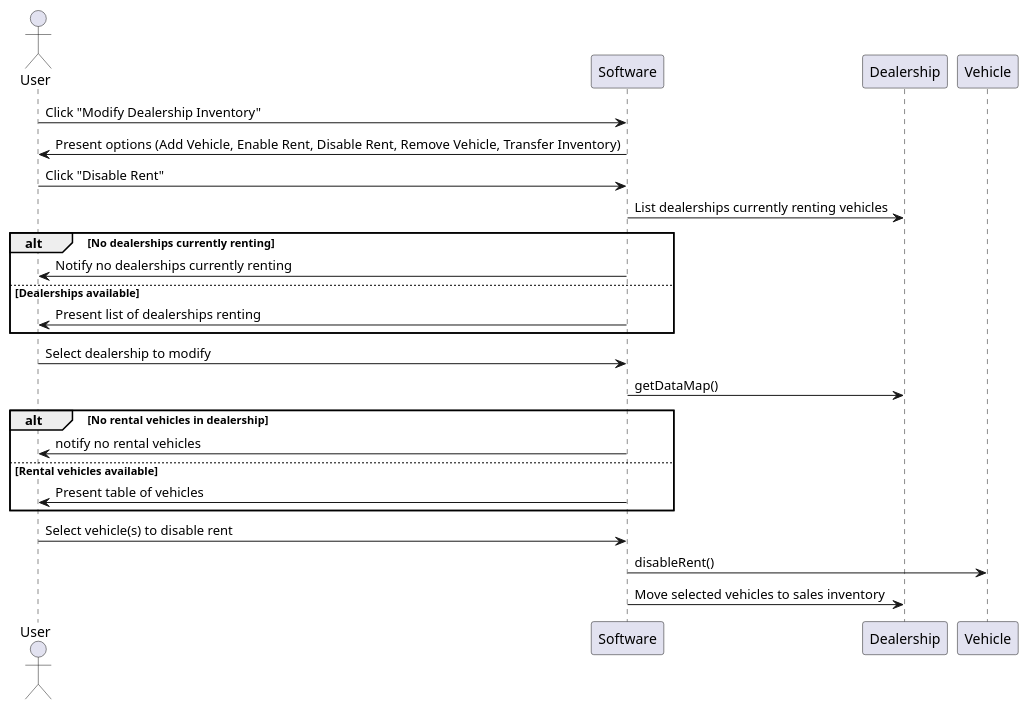
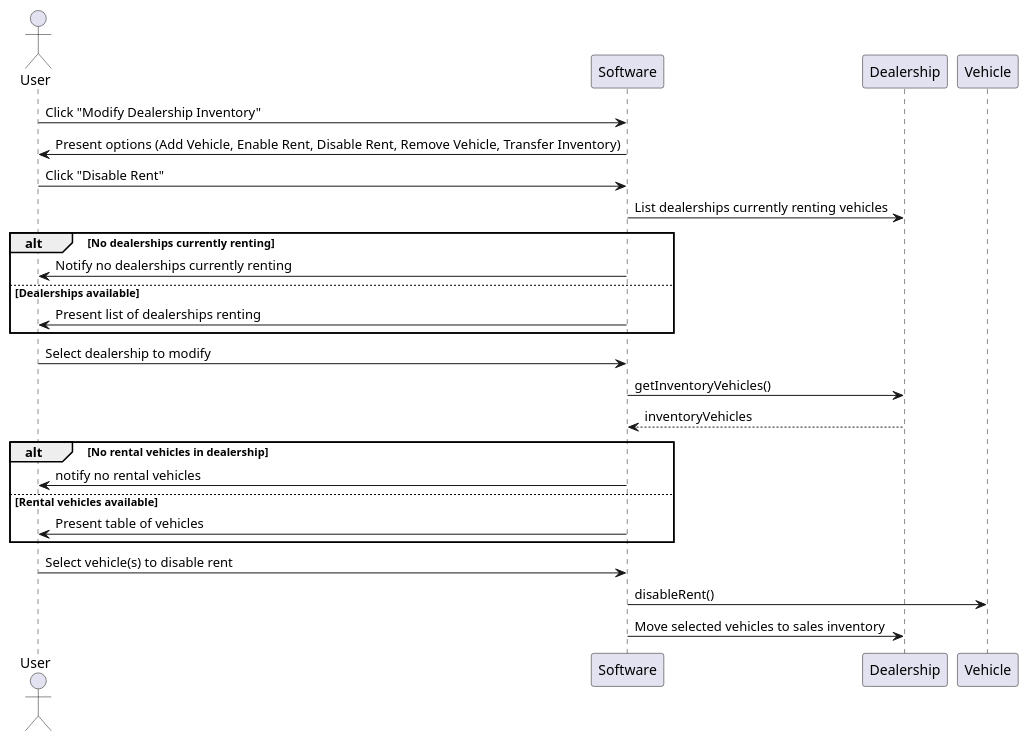
Before and after one commit to masonday1/DealershipProject: the diagram in UMLdiagrams/DisableVehicleRentStatusSequenceDiagram.puml, drawn with PlantUML. The commit also changed 6 other files, not shown here.

Commit message:
Updated sequence diagrams and requirements. They still need to be worked on.

```diff
--- a/UMLdiagrams/DisableVehicleRentStatusSequenceDiagram.puml
+++ b/UMLdiagrams/DisableVehicleRentStatusSequenceDiagram.puml
@@ -1,30 +1,31 @@
 @startuml
 'https://plantuml.com/sequence-diagram
 
 actor User
 participant "Software" as System
 participant "Dealership" as Dealership
 participant "Vehicle" as Vehicle
 
 User -> System: Click "Modify Dealership Inventory"
 System -> User: Present options (Add Vehicle, Enable Rent, Disable Rent, Remove Vehicle, Transfer Inventory)
 User -> System: Click "Disable Rent"
 System -> Dealership: List dealerships currently renting vehicles
 alt No dealerships currently renting
     System -> User: Notify no dealerships currently renting
 else Dealerships available
     System -> User: Present list of dealerships renting
     end
 
 User -> System: Select dealership to modify
-System -> Dealership: getDataMap()
+System -> Dealership: getInventoryVehicles()
+Dealership --> System: inventoryVehicles
 alt No rental vehicles in dealership
     System -> User: notify no rental vehicles
  else Rental vehicles available
     System -> User: Present table of vehicles
     end
 
 User -> System: Select vehicle(s) to disable rent
 System -> Vehicle: disableRent()
 System -> Dealership : Move selected vehicles to sales inventory
 @enduml
```
